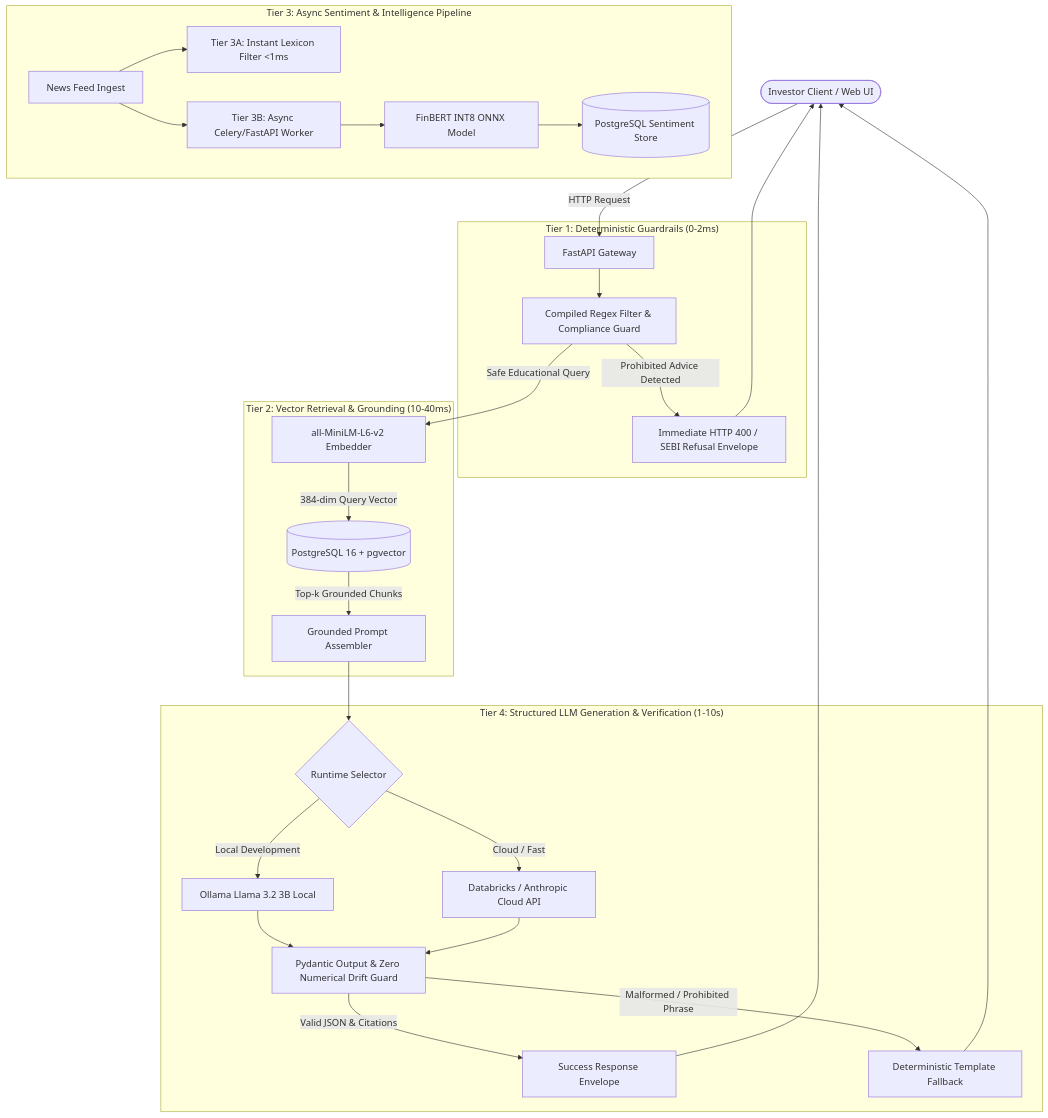
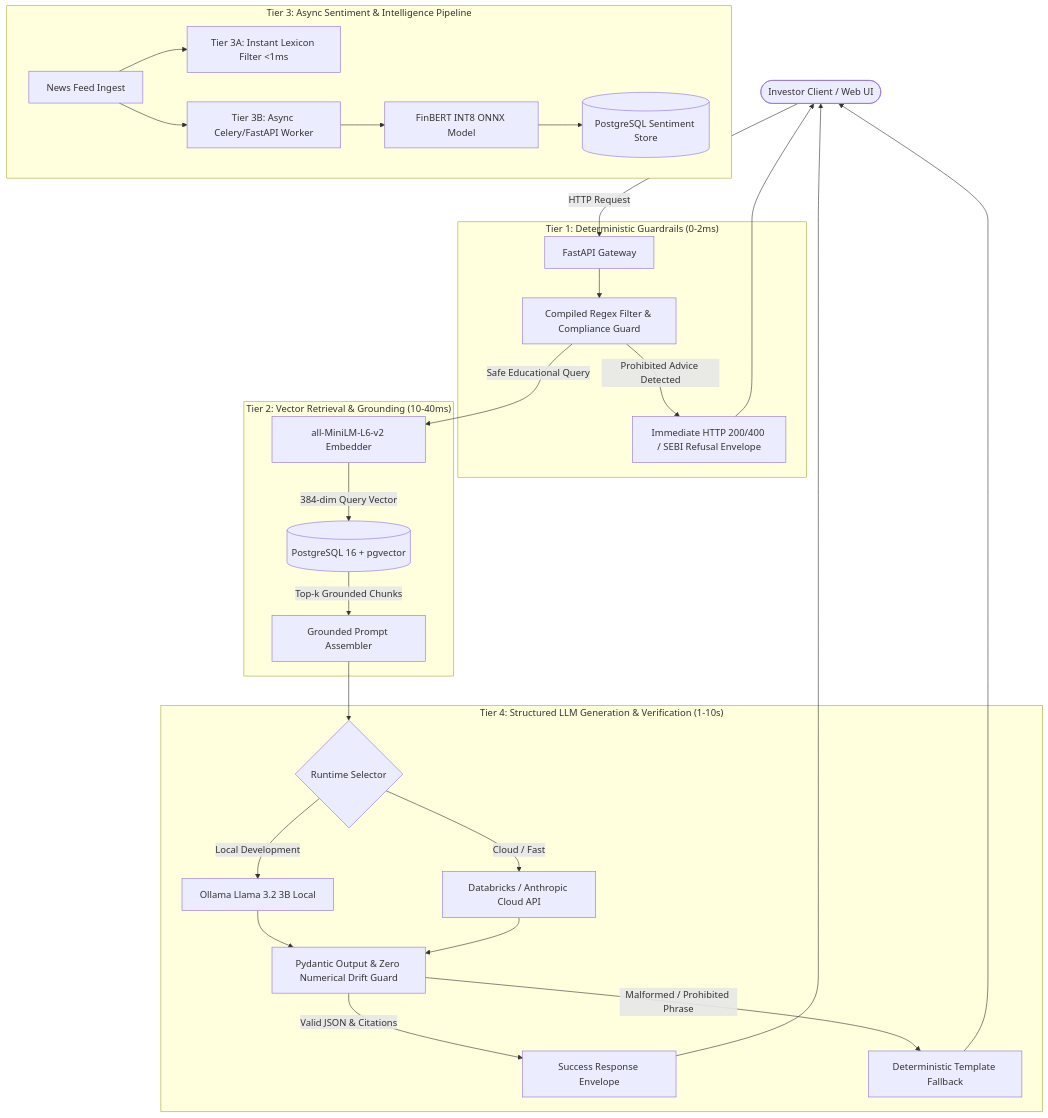
The diagram in docs/ai/baseline.md (Mrugankkakade17-svg/Finex), drawn with Mermaid before and after one commit. The commit also changed other lines of this file, not shown here.

````diff
--- a/docs/ai/baseline.md
+++ b/docs/ai/baseline.md
@@ -210,36 +239,36 @@
 ```mermaid
 flowchart TD
     User([Investor Client / Web UI]) -->|HTTP Request| API[FastAPI Gateway]
     
     subgraph Tier1["Tier 1: Deterministic Guardrails (0-2ms)"]
         API --> Filter[Compiled Regex Filter & Compliance Guard]
-        Filter -->|Prohibited Advice Detected| Refusal[Immediate HTTP 400 / SEBI Refusal Envelope]
+        Filter -->|Prohibited Advice Detected| Refusal[Immediate HTTP 200/400 / SEBI Refusal Envelope]
     end
     
     subgraph Tier2["Tier 2: Vector Retrieval & Grounding (10-40ms)"]
         Filter -->|Safe Educational Query| Embedder[all-MiniLM-L6-v2 Embedder]
         Embedder -->|384-dim Query Vector| PGVector[(PostgreSQL 16 + pgvector)]
         PGVector -->|Top-k Grounded Chunks| ContextBuilder[Grounded Prompt Assembler]
     end
     
     subgraph Tier3["Tier 3: Async Sentiment & Intelligence Pipeline"]
         NewsIngest[News Feed Ingest] --> Lexicon[Tier 3A: Instant Lexicon Filter <1ms]
         NewsIngest --> Worker[Tier 3B: Async Celery/FastAPI Worker]
         Worker --> FinBERTONNX[FinBERT INT8 ONNX Model]
         FinBERTONNX --> SentimentDB[(PostgreSQL Sentiment Store)]
     end
     
     subgraph Tier4["Tier 4: Structured LLM Generation & Verification (1-10s)"]
         ContextBuilder --> Router{Runtime Selector}
         Router -->|Cloud / Fast| Databricks[Databricks / Anthropic Cloud API]
         Router -->|Local Development| OllamaLocal[Ollama Llama 3.2 3B Local]
         OllamaLocal --> Validator[Pydantic Output & Zero Numerical Drift Guard]
         Databricks --> Validator
         Validator -->|Valid JSON & Citations| FinalResp[Success Response Envelope]
         Validator -->|Malformed / Prohibited Phrase| FallbackTemplate[Deterministic Template Fallback]
     end
     
     FinalResp --> User
     Refusal --> User
     FallbackTemplate --> User
 ```
````
